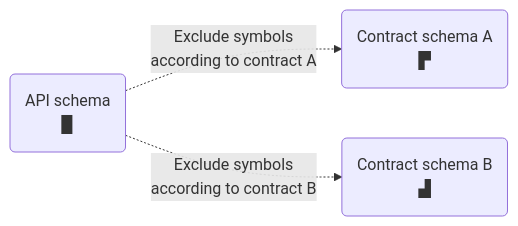
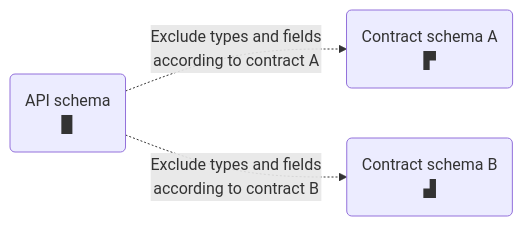
The diagram in studio-docs/source/contracts.mdx (apollographql/apollo), drawn with Mermaid before and after one commit. The commit also changed other lines of this file, not shown here.

````diff
--- a/studio-docs/source/contracts.mdx
+++ b/studio-docs/source/contracts.mdx
@@ -10,8 +10,8 @@
 ```mermaid
 graph LR;
   api("API schema<br/>▉");
   contractA("Contract schema A<br/>▛");
   contractB("Contract schema B<br/>▟")
-  api -."Exclude symbols<br/>according to contract A".->contractA
-  api -."Exclude symbols<br/>according to contract B".->contractB
+  api -."Exclude types and fields<br/>according to contract A".->contractA
+  api -."Exclude types and fields<br/>according to contract B".->contractB
 ```
````
